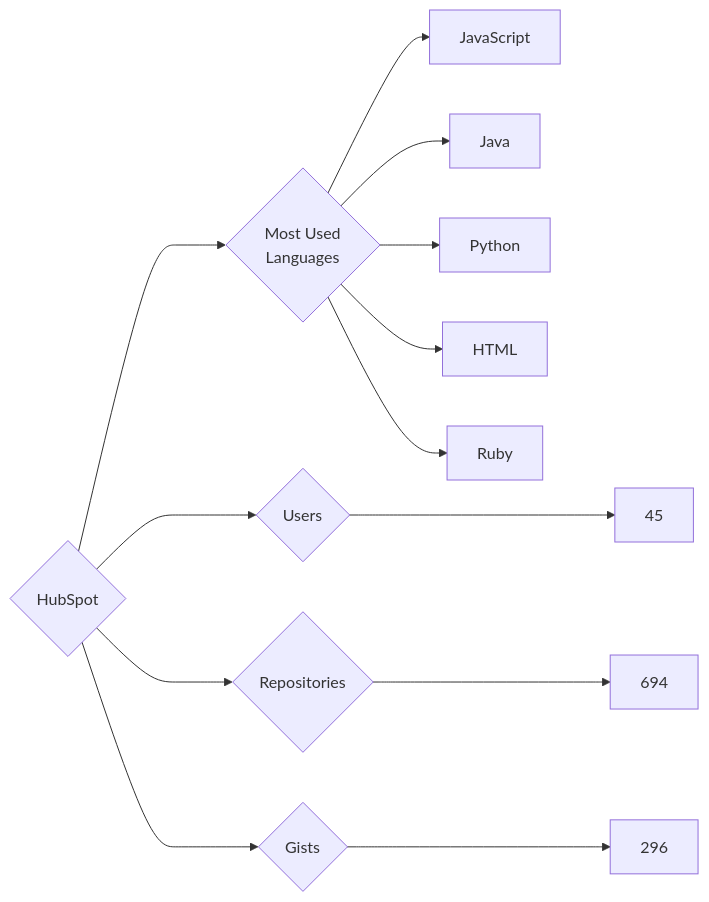
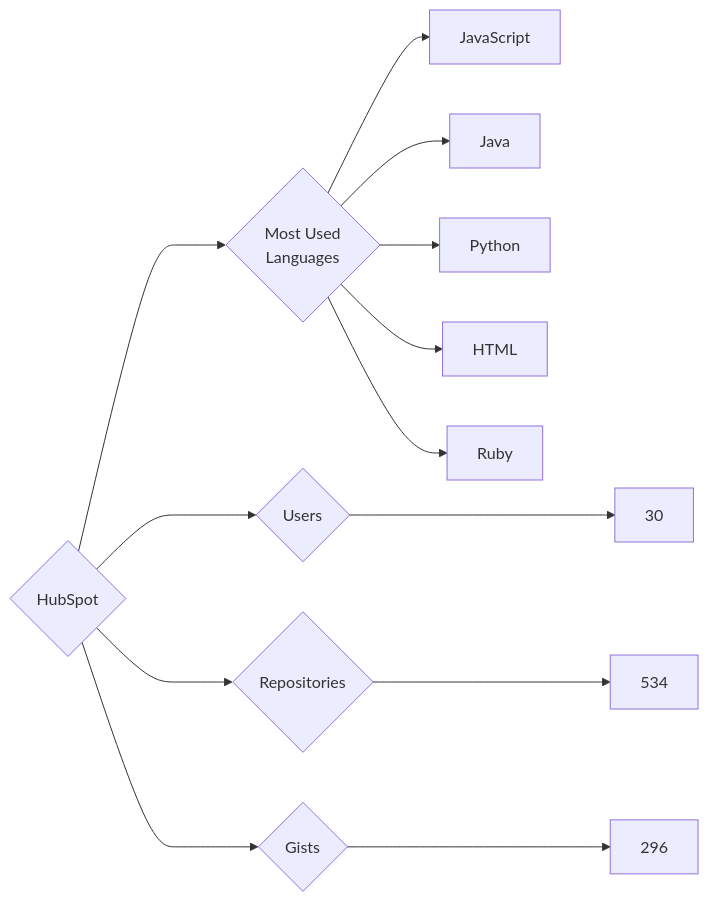
One commit to trickest/insiders changed the diagram in targets/HubSpot/README.md. Above: the diagram before and after it, drawn with Mermaid. The commit also changed 714 other files, not shown here.

````diff
--- a/targets/HubSpot/README.md
+++ b/targets/HubSpot/README.md
@@ -3,13 +3,13 @@
 ```mermaid
 graph LR
 COMPANY_NAME{HubSpot}
-COMPANY_NAME ---> U{Users} ---> UN[45]
-COMPANY_NAME ---> R{Repositories} ---> RN[694]
+COMPANY_NAME ---> U{Users} ---> UN[30]
+COMPANY_NAME ---> R{Repositories} ---> RN[534]
 COMPANY_NAME ---> G{Gists} ---> GN[296]
 COMPANY_NAME ---> ML{Most Used<br>Languages}
 ML --> JavaScript[JavaScript]
 ML --> Java[Java]
 ML --> Python[Python]
 ML --> HTML[HTML]
 ML --> Ruby[Ruby]
 ```
````
